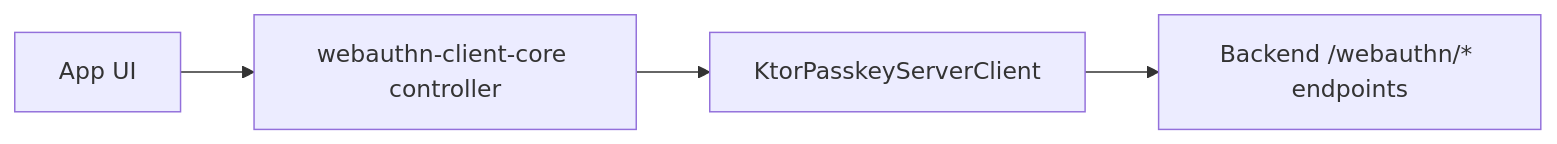
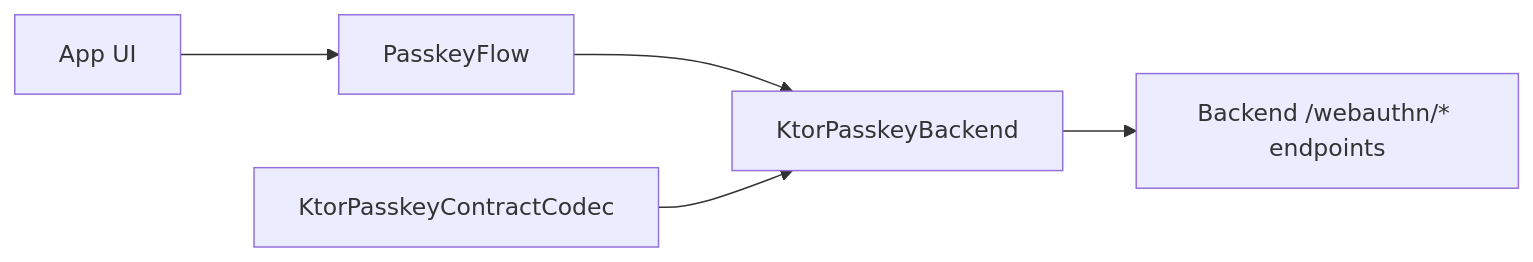
The diagram in client/webauthn-client-ktor/README.md (szijpeter/webauthn-kotlin-multiplatform), drawn with Mermaid before and after one commit. The commit also changed other lines of this file and 18 other files, not shown here.

Commit message:
refactor(ktor): introduce typed backend contract

````diff
--- a/client/webauthn-client-ktor/README.md
+++ b/client/webauthn-client-ktor/README.md
@@ -39,6 +49,7 @@
 ```mermaid
 flowchart LR
-    UI["App UI"] --> CORE["webauthn-client-core controller"]
-    CORE --> NET["KtorPasskeyServerClient"]
+    UI["App UI"] --> FLOW["PasskeyFlow"]
+    FLOW --> NET["KtorPasskeyBackend"]
+    CODEC["KtorPasskeyContractCodec"] --> NET
     NET --> API["Backend /webauthn/* endpoints"]
 ```
````
